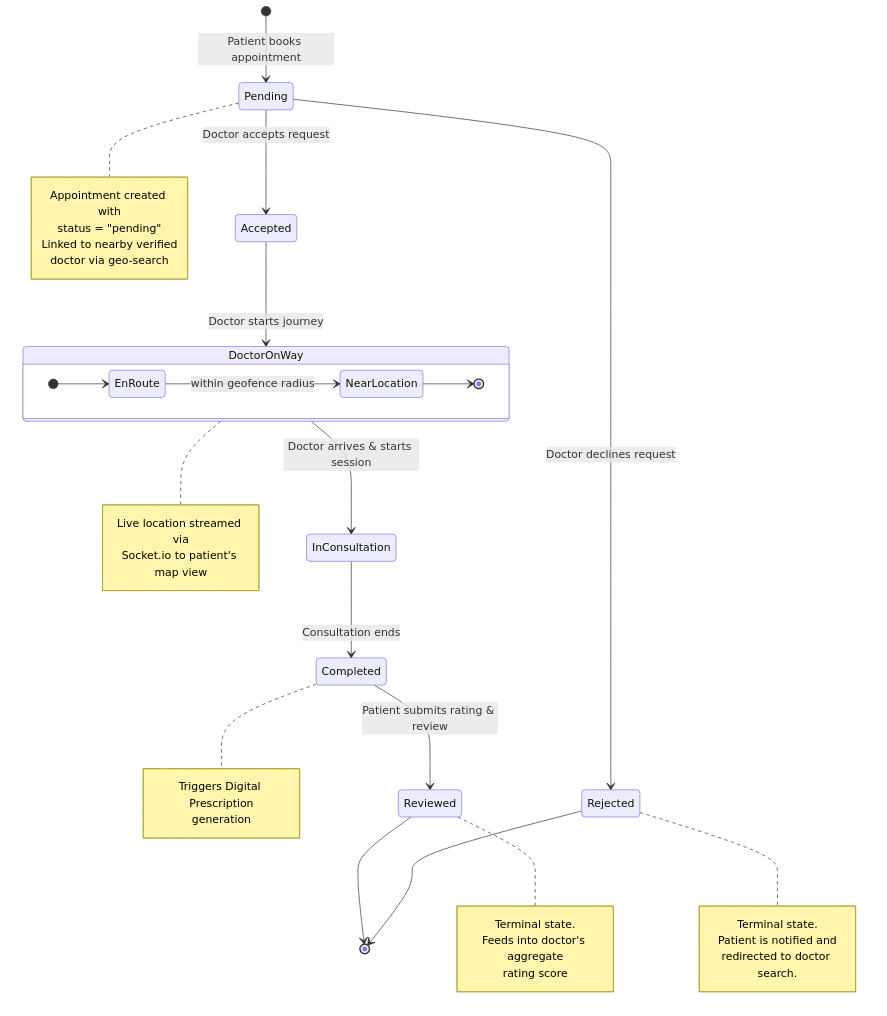
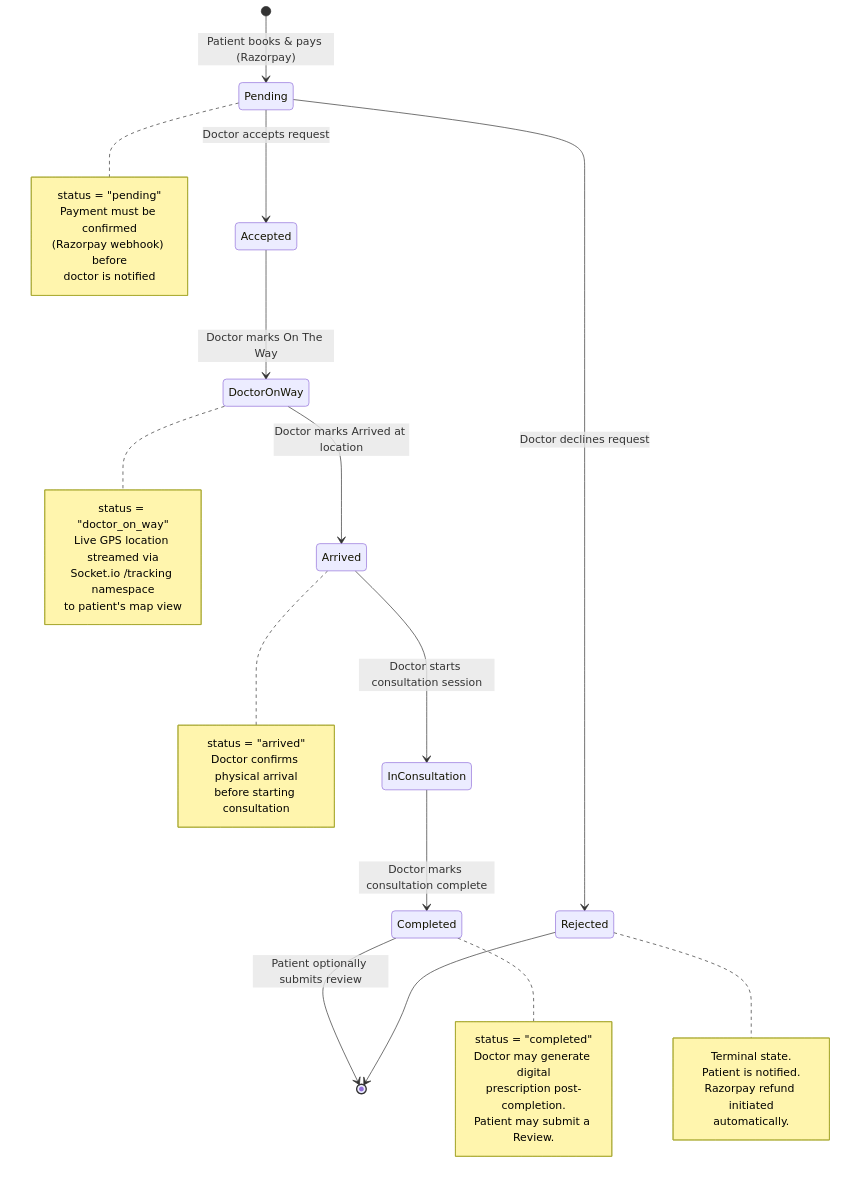
The first of 2 diagrams in Documents/Appointment_State_Diagram.md (Vansh-Vaishnani/DocDock), drawn with Mermaid before and after one commit. The commit also changed other lines of this file and 16 other files, not shown here.

Commit message:
feat: initialize project documentation including system architecture, design specifications, and development roadmap

````diff
--- a/Documents/Appointment_State_Diagram.md
+++ b/Documents/Appointment_State_Diagram.md
@@ -20,54 +28,52 @@
 ```mermaid
 stateDiagram-v2
-    [*] --> Pending : Patient books appointment
+    [*] --> Pending : Patient books & pays (Razorpay)
 
     Pending --> Accepted : Doctor accepts request
     Pending --> Rejected : Doctor declines request
 
-    Accepted --> DoctorOnWay : Doctor starts journey
+    Accepted --> DoctorOnWay : Doctor marks On The Way
 
-    DoctorOnWay --> InConsultation : Doctor arrives & starts session
+    DoctorOnWay --> Arrived : Doctor marks Arrived at location
 
-    InConsultation --> Completed : Consultation ends
+    Arrived --> InConsultation : Doctor starts consultation session
 
-    Completed --> Reviewed : Patient submits rating & review
+    InConsultation --> Completed : Doctor marks consultation complete
 
     Rejected --> [*]
-    Reviewed --> [*]
-
-    state DoctorOnWay {
-        direction LR
-        [*] --> EnRoute
-        EnRoute --> NearLocation : within geofence radius
-        NearLocation --> [*]
-    }
+    Completed --> [*] : Patient optionally submits review
 
     note right of Pending
-        Appointment created with
         status = "pending"
-        Linked to nearby verified
-        doctor via geo-search
+        Payment must be confirmed
+        (Razorpay webhook) before
+        doctor is notified
     end note
 
     note right of Rejected
         Terminal state.
-        Patient is notified and
-        redirected to doctor search.
+        Patient is notified.
+        Razorpay refund initiated
+        automatically.
     end note
 
     note right of DoctorOnWay
-        Live location streamed via
-        Socket.io to patient's map view
+        status = "doctor_on_way"
+        Live GPS location streamed via
+        Socket.io /tracking namespace
+        to patient's map view
+    end note
+
+    note right of Arrived
+        status = "arrived"
+        Doctor confirms physical arrival
+        before starting consultation
     end note
 
     note right of Completed
-        Triggers Digital Prescription
-        generation
-    end note
-
-    note right of Reviewed
-        Terminal state.
-        Feeds into doctor's aggregate
-        rating score
+        status = "completed"
+        Doctor may generate digital
+        prescription post-completion.
+        Patient may submit a Review.
     end note
 ```
````
